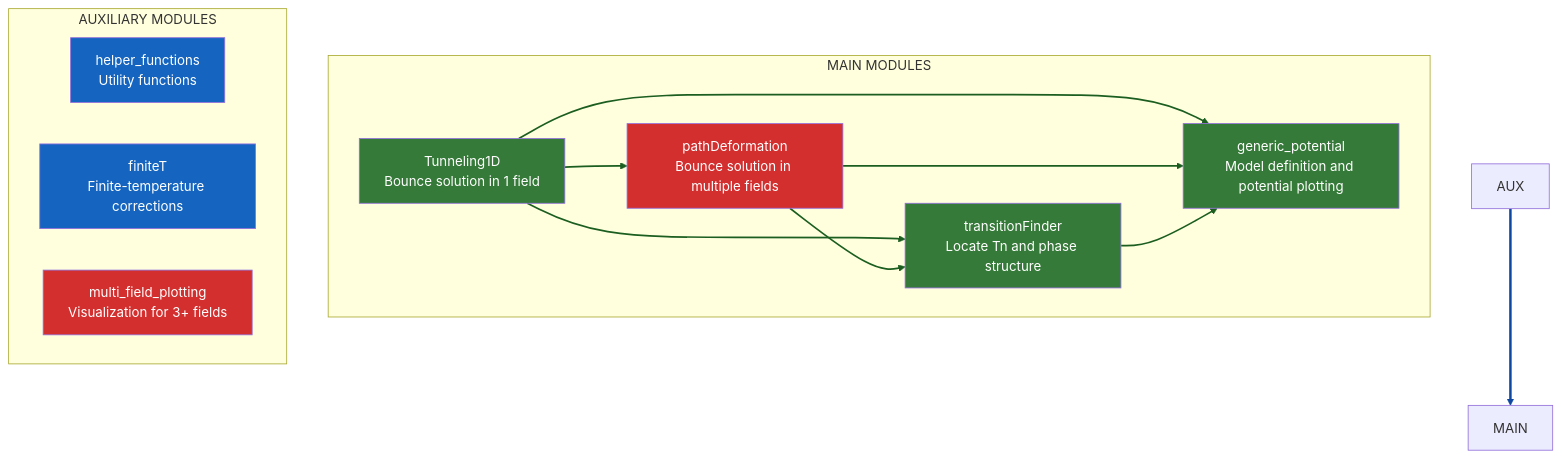
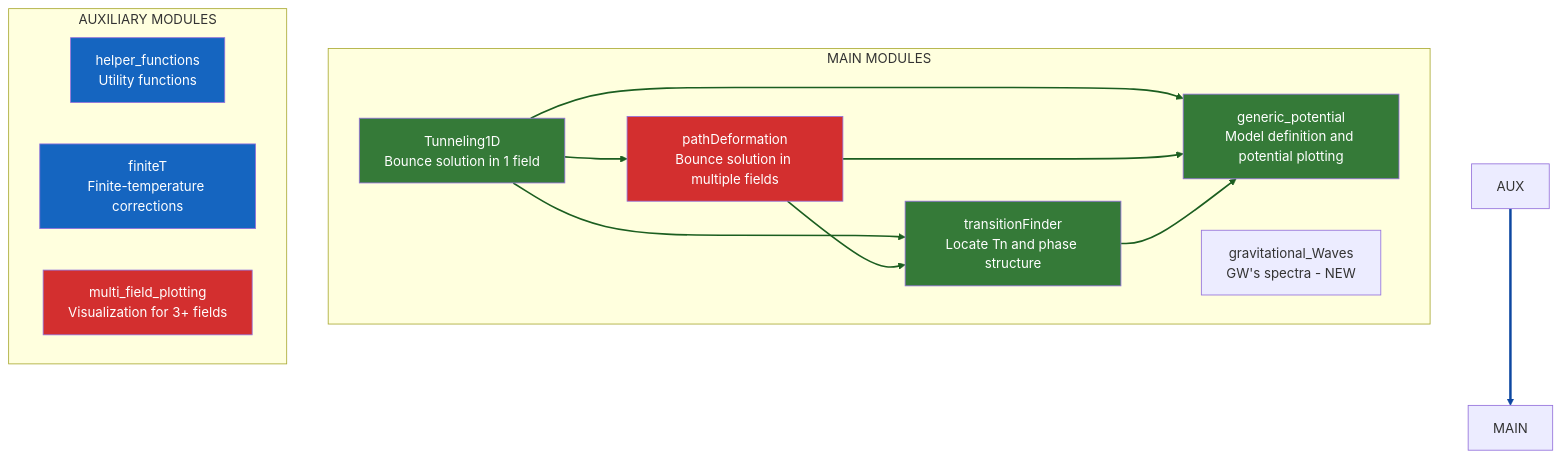
One commit to IgorStellet/GW_FOPT_Simulation changed the diagram in docs/architecture.md. Above: the diagram before and after it, drawn with Mermaid. The commit also changed other lines of this file and 30 other files, not shown here.

````diff
--- a/docs/architecture.md
+++ b/docs/architecture.md
@@ -9,44 +9,46 @@
 ```mermaid
 graph TD
     %% ========== MAIN MODULES ==========
     subgraph "MAIN MODULES"
         T1D[Tunneling1D<br/>Bounce solution in 1 field]
         PD[pathDeformation<br/>Bounce solution in multiple fields]
         TF[transitionFinder<br/>Locate Tn and phase structure]
         GP[generic_potential<br/>Model definition and potential plotting]
+        GW[gravitational_Waves<br/>GW's spectra - NEW]
+
         
         T1D --> PD
         T1D --> TF
         T1D --> GP
         PD --> TF
         PD --> GP
         TF --> GP
     end
 
     %% ========== AUXILIARY MODULES ==========
     subgraph "AUXILIARY MODULES"
         HF[helper_functions<br/>Utility functions]
         FT[finiteT<br/>Finite-temperature corrections]
         MFP[multi_field_plotting<br/>Visualization for 3+ fields]
     end
 
     %% ========== DEPENDENCIES ==========
     AUX --> MAIN
     
     %% ========== STYLES ==========
     style T1D fill:#357a38,color:white
     style PD fill:#d32f2f,color:white
     style TF fill:#357a38,color:white
     style GP fill:#357a38,color:white
     style HF fill:#1565c0,color:white
     style FT fill:#1565c0,color:white
     style MFP fill:#d32f2f,color:white
     
     linkStyle 0 stroke:#1b5e20,stroke-width:2px
     linkStyle 1 stroke:#1b5e20,stroke-width:2px
     linkStyle 2 stroke:#1b5e20,stroke-width:2px
     linkStyle 3 stroke:#1b5e20,stroke-width:2px
     linkStyle 4 stroke:#1b5e20,stroke-width:2px
     linkStyle 5 stroke:#1b5e20,stroke-width:2px
     linkStyle 6 stroke:#0d47a1,stroke-width:3px
 ```
````
